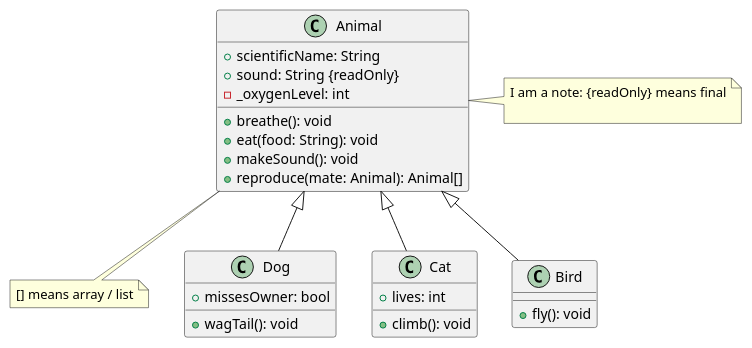
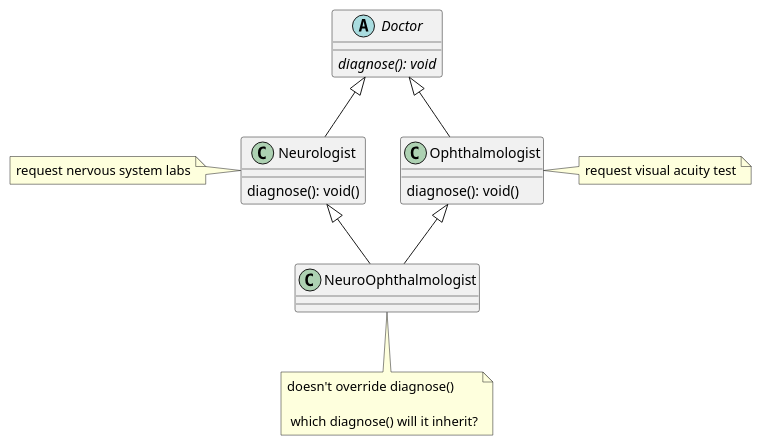
One commit to psse-cpu/se-1223-inheritance-slides changed the diagram in inheritance.plantuml. Above: the diagram before and after it, drawn with PlantUML. The commit also changed 7 other files, not shown here.

```diff
--- a/inheritance.plantuml
+++ b/inheritance.plantuml
@@ -1,35 +1,28 @@
 @startuml "inheritance"
-class Animal {
-  + scientificName: String
-  + sound: String {readOnly}
-  - _oxygenLevel: int
-
-  + breathe(): void
-  + eat(food: String): void
-  + makeSound(): void
-  + reproduce(mate: Animal): Animal[]
+abstract class Doctor {
+  {abstract} diagnose(): void
 }
 
-note right of Animal: I am a note: {readOnly} means final\n 
-note bottom of Animal: [] means array / list
-
-class Dog {
-  + missesOwner: bool
-
-  + wagTail(): void
+class Neurologist {
+  diagnose(): void()
 }
 
-class Cat {
-  + lives: int
+note left of Neurologist: request nervous system labs
 
-  + climb(): void
+class Ophthalmologist {
+  diagnose(): void()
 }
 
-class Bird {
-  + fly(): void
+note right of Ophthalmologist: request visual acuity test
+
+class NeuroOphthalmologist {
+
 }
 
-Animal <|-- Dog
-Animal <|-- Cat
-Animal <|-- Bird
+note bottom of NeuroOphthalmologist: doesn't override diagnose()\n\n which diagnose() will it inherit?
+
+Doctor <|-- Neurologist
+Doctor <|-- Ophthalmologist
+Neurologist <|-- NeuroOphthalmologist
+Ophthalmologist <|-- NeuroOphthalmologist
 @enduml
```
